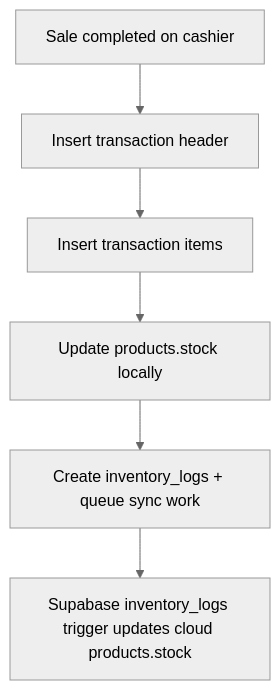
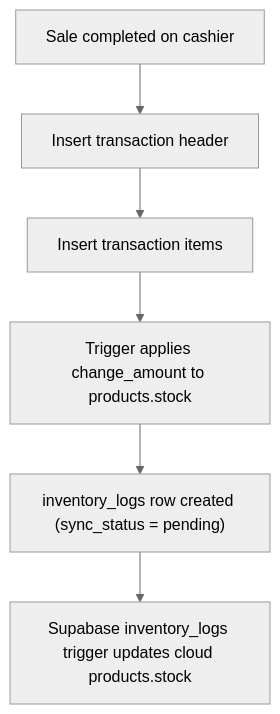
One commit to BootlegYouki/at-iba-pa-pos changed the third of 3 diagrams in docs/03-database.md. Above: the diagram before and after it, drawn with Mermaid (neutral theme). The commit also changed other lines of this file and 1 other file, not shown here.

Commit message:
feat: Update database schema documentation with new tables and fields for user deletions and transaction LAN status

````diff
--- a/docs/03-database.md
+++ b/docs/03-database.md
@@ -286,9 +378,9 @@
 ```mermaid
 flowchart TD
     Sale["Sale completed on cashier"]
     Sale --> WriteTxn["Insert transaction header"]
     WriteTxn --> WriteItems["Insert transaction items"]
-    WriteItems --> Deduct["Update products.stock locally"]
-    Deduct --> Log["Create inventory_logs + queue sync work"]
+    WriteItems --> Deduct["Trigger applies change_amount to products.stock"]
+    Deduct --> Log["inventory_logs row created (sync_status = pending)"]
     Log --> Trigger["Supabase inventory_logs trigger updates cloud products.stock"]
 ```
````
